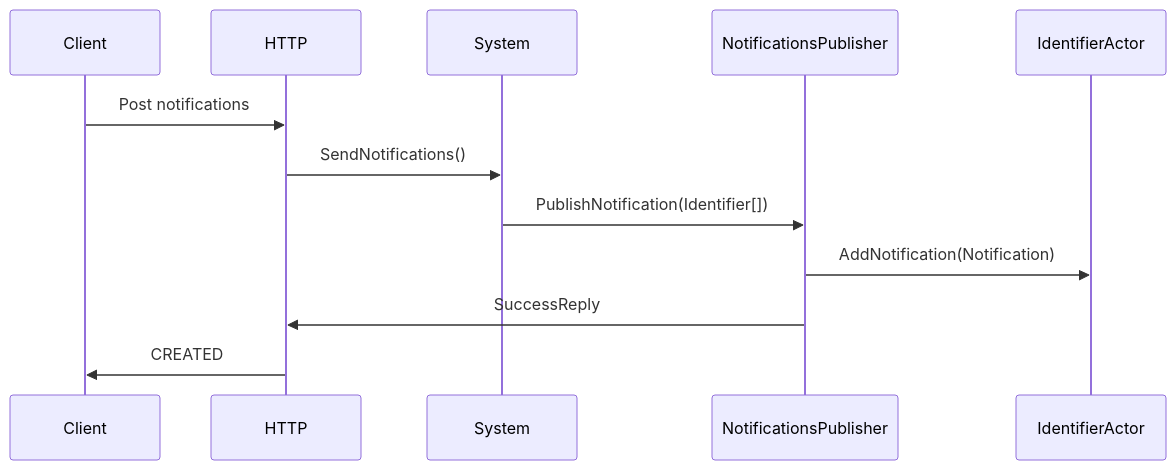
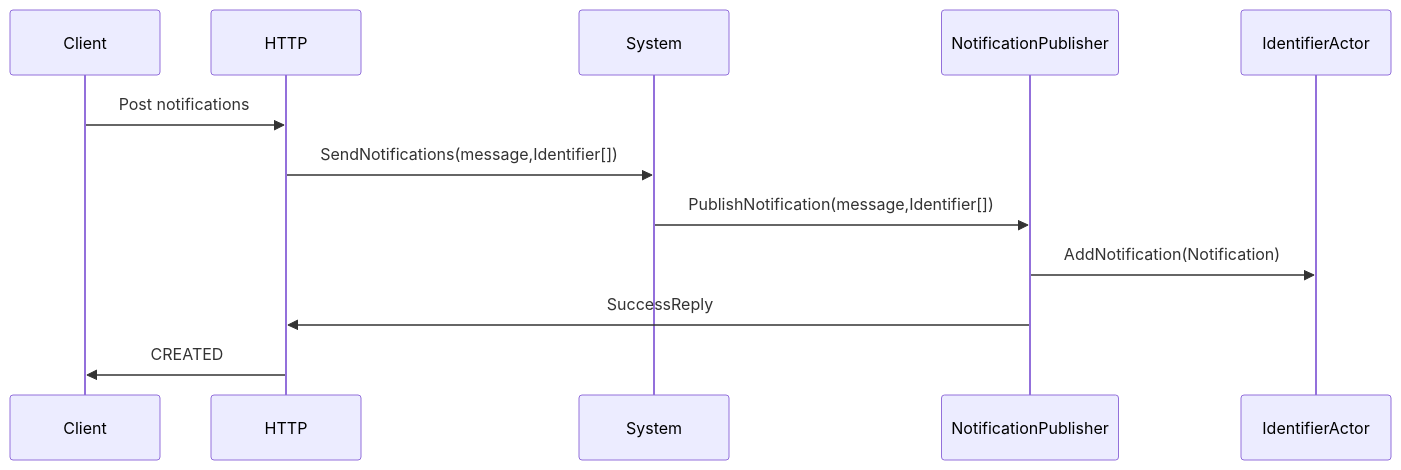
The third of 3 diagrams in README.md (zkrami/notification-system-akka), drawn with Mermaid before and after one commit. The commit also changed other lines of this file and 9 other files, not shown here.

Commit message:
notification publisher

````diff
--- a/README.md
+++ b/README.md
@@ -26,9 +23,9 @@
 ```mermaid
 sequenceDiagram
     Client->>HTTP: Post notifications 
-    HTTP->>System: SendNotifications()
-    System->>NotificationsPublisher: PublishNotification(Identifier[])
-    NotificationsPublisher->> IdentifierActor: AddNotification(Notification)
-    NotificationsPublisher->>HTTP: SuccessReply  
+    HTTP->>System: SendNotifications(message,Identifier[])
+    System->>NotificationPublisher: PublishNotification(message,Identifier[])
+    NotificationPublisher->> IdentifierActor: AddNotification(Notification)
+    NotificationPublisher->>HTTP: SuccessReply  
     HTTP->>Client: CREATED
  ```
````
